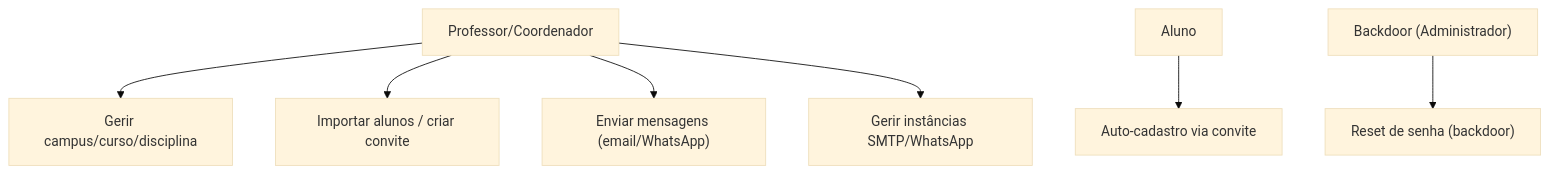
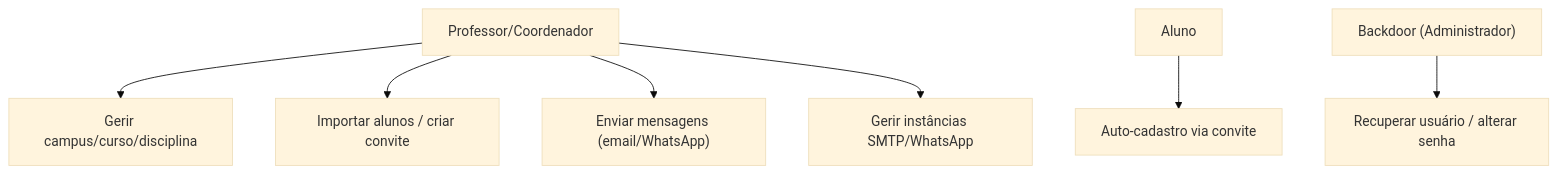
One commit to ThalysSilva/unicast-backend changed the ninth of 9 diagrams in README.md. Above: the diagram before and after it, drawn with Mermaid (base theme). The commit also changed other lines of this file and 4 other files, not shown here.

````diff
--- a/README.md
+++ b/README.md
@@ -535,20 +552,20 @@
 ```mermaid
 flowchart TB
     Professor["Professor/Coordenador"]
     Aluno["Aluno"]
     Admin["Backdoor (Administrador)"]
 
     C1["Gerir campus/curso/disciplina"]
     C2["Importar alunos / criar convite"]
     C3["Auto-cadastro via convite"]
     C4["Enviar mensagens (email/WhatsApp)"]
     C5["Gerir instâncias SMTP/WhatsApp"]
-    C6["Reset de senha (backdoor)"]
+    C6["Recuperar usuário / alterar senha"]
 
     Professor --> C1
     Professor --> C2
     Professor --> C4
     Professor --> C5
     Aluno --> C3
     Admin --> C6
 ```
````
